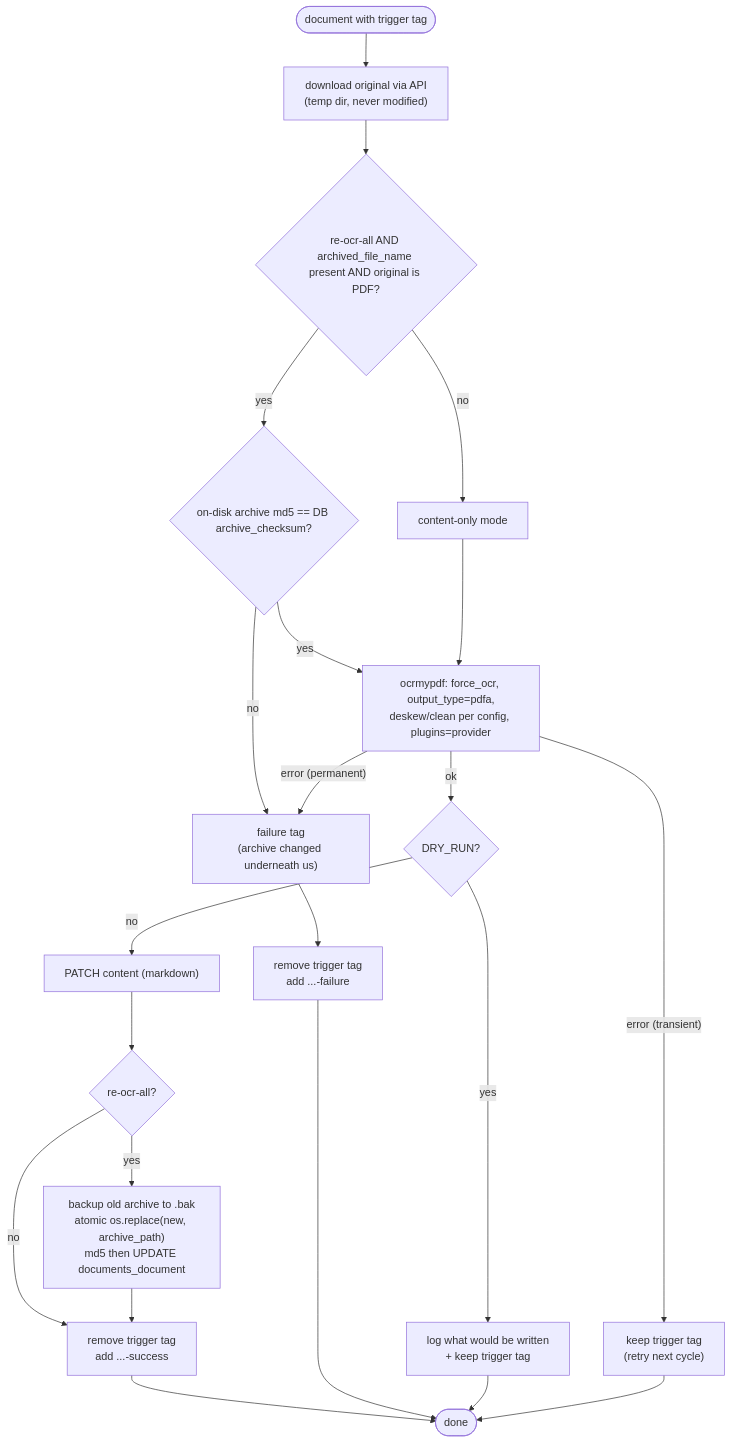
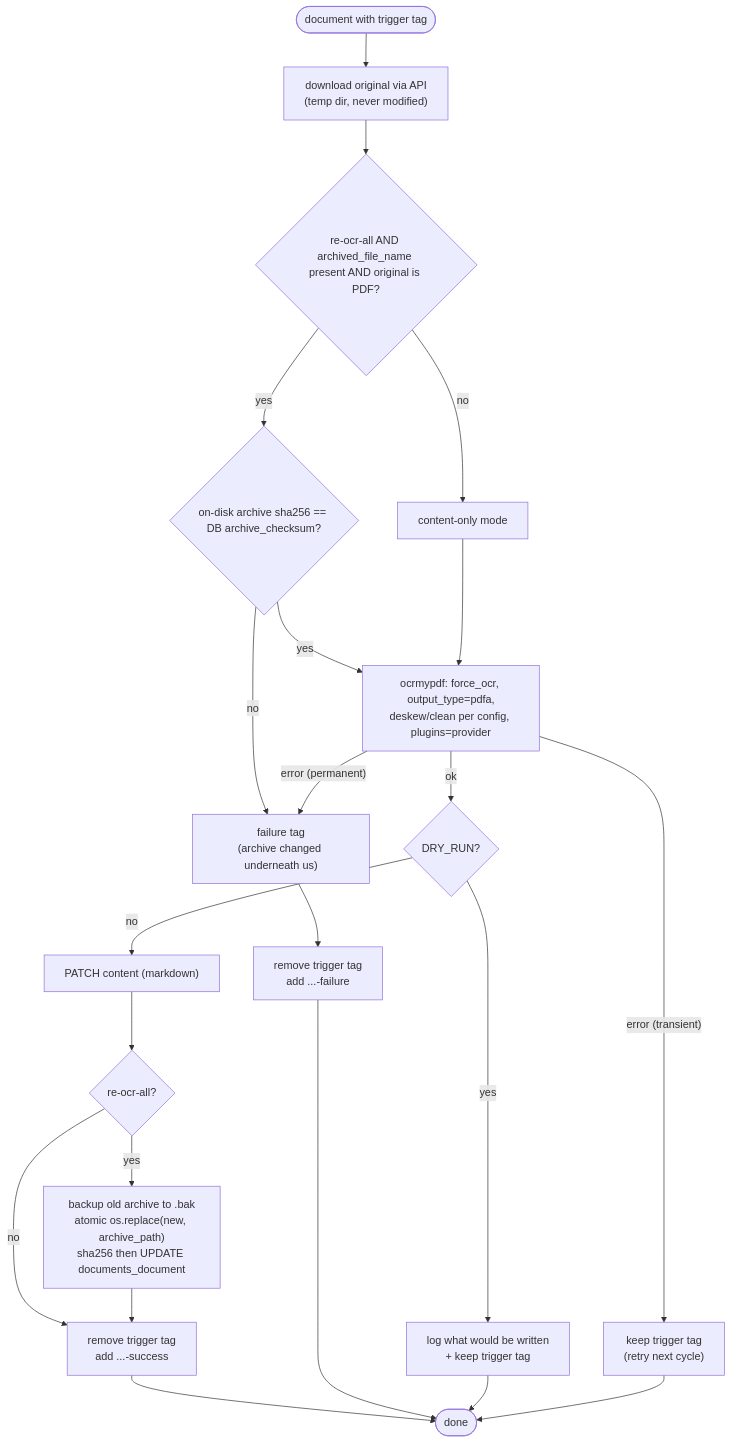
The second of 2 diagrams in doc/PLANNING.md (strichte/paperless-rearchive), drawn with Mermaid before and after one commit. The commit also changed other lines of this file and 5 other files, not shown here.

Commit message:
Fix archive checksum algorithm: paperless uses SHA-256, not MD5 (verified live); archive dir is media/documents/archive; pngquant in image

````diff
--- a/doc/PLANNING.md
+++ b/doc/PLANNING.md
@@ -88,24 +92,24 @@
 ```mermaid
 flowchart TD
     START([document with trigger tag]) --> DL["download original via API<br/>(temp dir, never modified)"]
     DL --> ARCH{"re-ocr-all AND archived_file_name present AND original is PDF?"}
     ARCH -- "no" --> CO["content-only mode"]
-    ARCH -- "yes" --> CK{"on-disk archive md5 == DB archive_checksum?"}
+    ARCH -- "yes" --> CK{"on-disk archive sha256 == DB archive_checksum?"}
     CK -- "no" --> FAIL["failure tag<br/>(archive changed underneath us)"]
     CK -- "yes" --> OCR["ocrmypdf: force_ocr, output_type=pdfa,<br/>deskew/clean per config, plugins=provider"]
     CO --> OCR
     OCR -- "error (transient)" --> KEEP["keep trigger tag<br/>(retry next cycle)"]
     OCR -- "error (permanent)" --> FAIL
     OCR -- "ok" --> DRY{"DRY_RUN?"}
     DRY -- "yes" --> REPORT["log what would be written<br/>+ keep trigger tag"]
     DRY -- "no" --> PATCH["PATCH content (markdown)"]
     PATCH --> MODE{"re-ocr-all?"}
-    MODE -- "yes" --> REPL["backup old archive to .bak<br/>atomic os.replace(new, archive_path)<br/>md5 then UPDATE documents_document"]
+    MODE -- "yes" --> REPL["backup old archive to .bak<br/>atomic os.replace(new, archive_path)<br/>sha256 then UPDATE documents_document"]
     MODE -- "no" --> TAGS
     REPL --> TAGS["remove trigger tag<br/>add ...-success"]
     FAIL --> TAGSF["remove trigger tag<br/>add ...-failure"]
     TAGS --> DONE([done])
     TAGSF --> DONE
     REPORT --> DONE
     KEEP --> DONE
 ```
````
